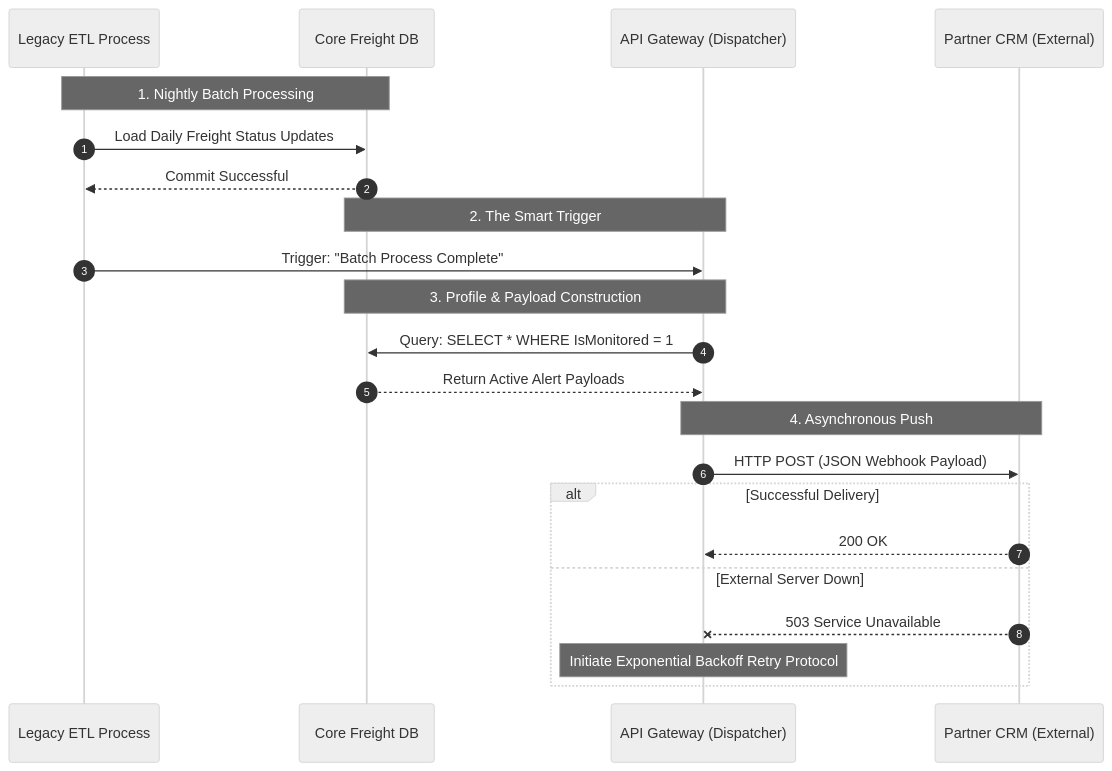
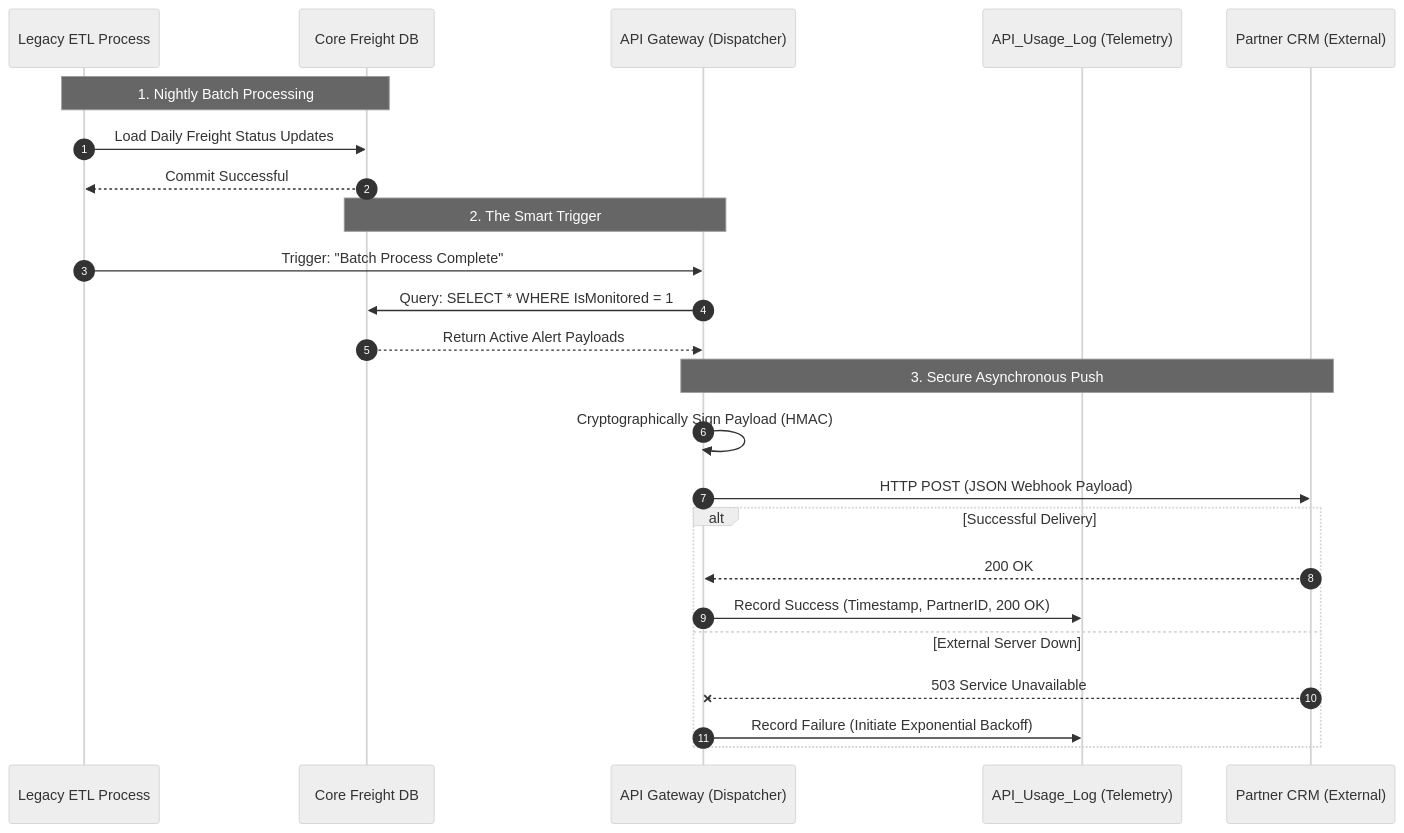
One commit to Mohammed-Alrawaf/System-Architecture-Dojo changed the diagram in API-Architecture-and-Integrations/01-Real-Time-Alert-Gateway.md. Above: the diagram before and after it, drawn with Mermaid (neutral theme). The commit also changed other lines of this file, not shown here.

````diff
--- a/API-Architecture-and-Integrations/01-Real-Time-Alert-Gateway.md
+++ b/API-Architecture-and-Integrations/01-Real-Time-Alert-Gateway.md
@@ -82,29 +59,30 @@
 ```mermaid
 sequenceDiagram
     autonumber
     participant ETL as Legacy ETL Process
     participant DB as Core Freight DB
     participant GW as API Gateway (Dispatcher)
+    participant Log as API_Usage_Log (Telemetry)
     participant B2B as Partner CRM (External)
 
     Note over ETL, DB: 1. Nightly Batch Processing
     ETL->>DB: Load Daily Freight Status Updates
     DB-->>ETL: Commit Successful
     
     Note over DB, GW: 2. The Smart Trigger
     ETL->>GW: Trigger: "Batch Process Complete"
-    
-    Note over GW, DB: 3. Profile & Payload Construction
     GW->>DB: Query: SELECT * WHERE IsMonitored = 1
     DB-->>GW: Return Active Alert Payloads
     
-    Note over GW, B2B: 4. Asynchronous Push
+    Note over GW, B2B: 3. Secure Asynchronous Push
+    GW->>GW: Cryptographically Sign Payload (HMAC)
     GW->>B2B: HTTP POST (JSON Webhook Payload)
     
     alt Successful Delivery
         B2B-->>GW: 200 OK
+        GW->>Log: Record Success (Timestamp, PartnerID, 200 OK)
     else External Server Down
         B2B--xGW: 503 Service Unavailable
-        Note over GW: Initiate Exponential Backoff Retry Protocol
+        GW->>Log: Record Failure (Initiate Exponential Backoff)
     end
 ```
````
